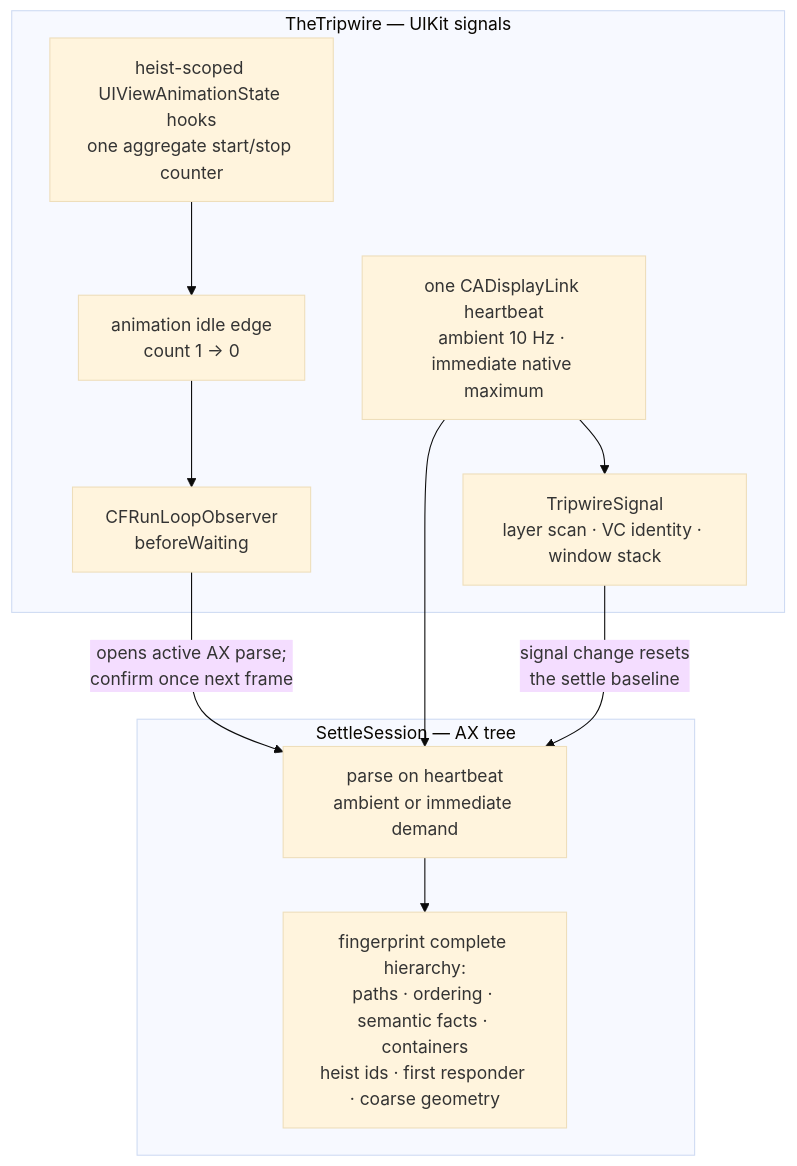
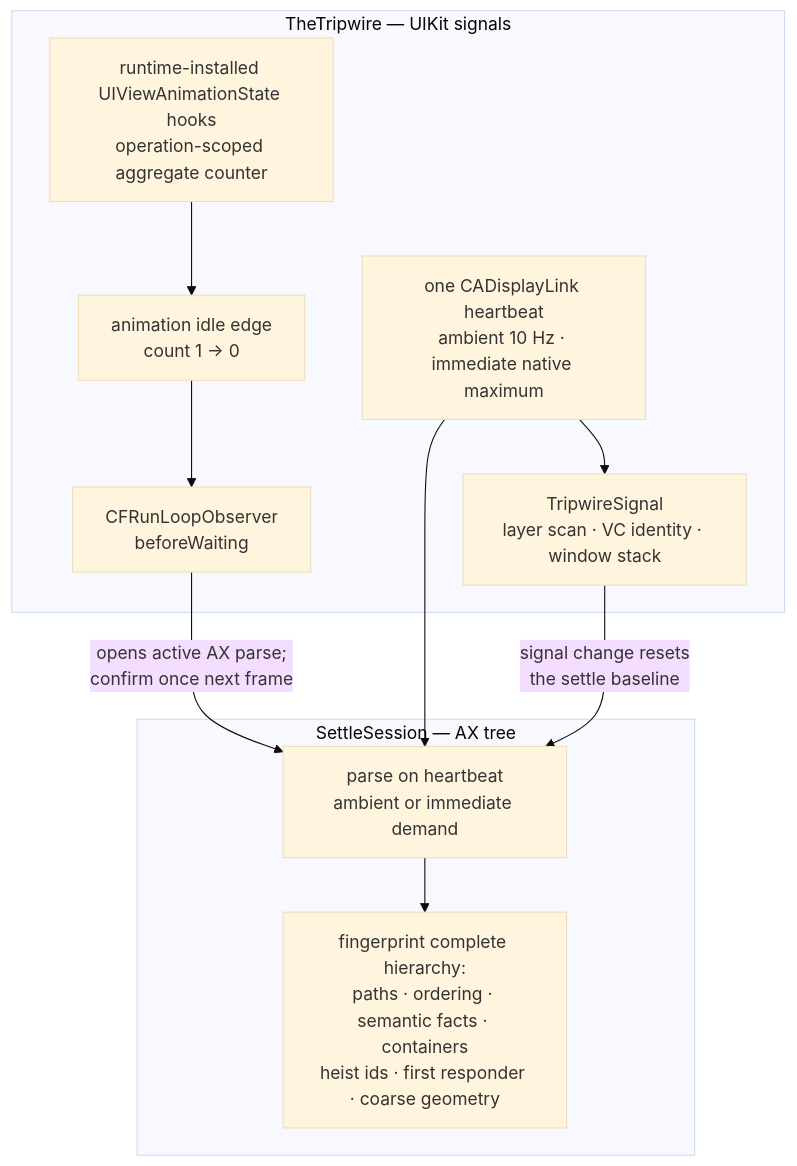
Before and after one commit to RoyalPineapple/TheButtonHeist: the second of 2 diagrams in docs/diagrams/settle-loop.md, drawn with Mermaid (base theme). The commit also changed other lines of this file and 17 other files, not shown here.

````diff
--- a/docs/diagrams/settle-loop.md
+++ b/docs/diagrams/settle-loop.md
@@ -51,20 +51,20 @@
 ```mermaid
 flowchart TD
     subgraph tripwire["TheTripwire — UIKit signals"]
-        ANIMATION["heist-scoped UIViewAnimationState hooks<br/>one aggregate start/stop counter"]
+        ANIMATION["runtime-installed UIViewAnimationState hooks<br/>operation-scoped aggregate counter"]
         ANIMATION_IDLE["animation idle edge<br/>count 1 → 0"]
         RUN_LOOP_IDLE["CFRunLoopObserver<br/>beforeWaiting"]
         PULSE["one CADisplayLink heartbeat<br/>ambient 10 Hz · immediate native maximum"]
         SIGNAL["TripwireSignal<br/>layer scan · VC identity · window stack"]
         ANIMATION --> ANIMATION_IDLE --> RUN_LOOP_IDLE
         PULSE --> SIGNAL
     end
     subgraph settle["SettleSession — AX tree"]
         PARSE["parse on heartbeat<br/>ambient or immediate demand"]
         FP["fingerprint complete hierarchy:<br/>paths · ordering · semantic facts · containers<br/>heist ids · first responder · coarse geometry"]
         PARSE --> FP
     end
     RUN_LOOP_IDLE -- "opens active AX parse;<br/>confirm once next frame" --> PARSE
     PULSE --> PARSE
     SIGNAL -- "signal change resets<br/>the settle baseline" --> PARSE
 ```
````
